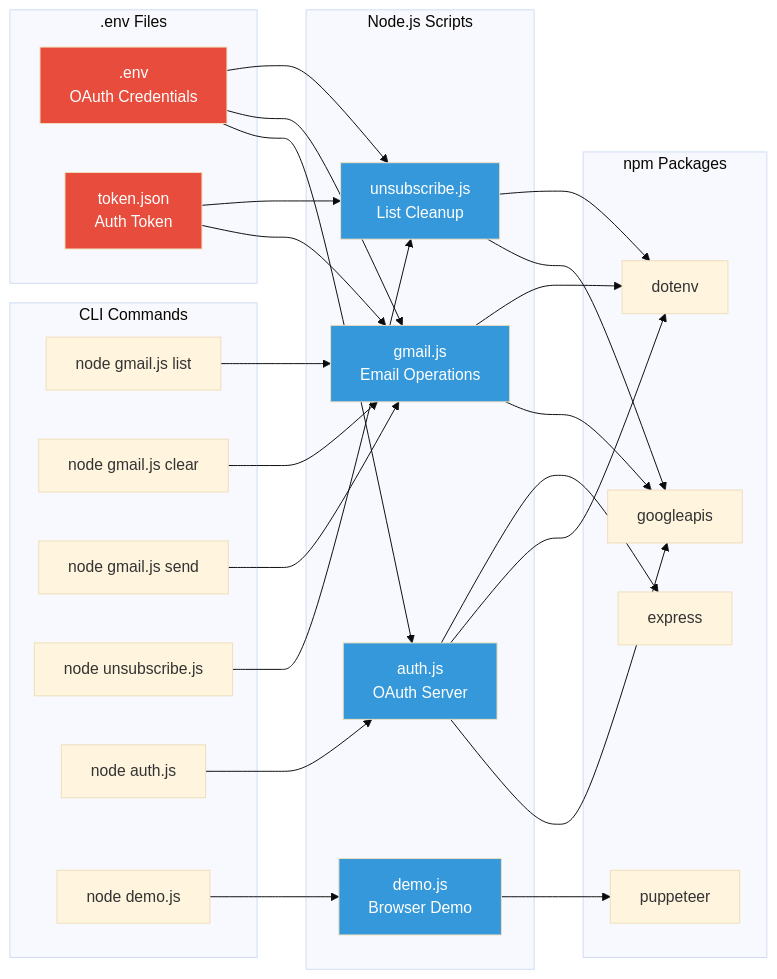
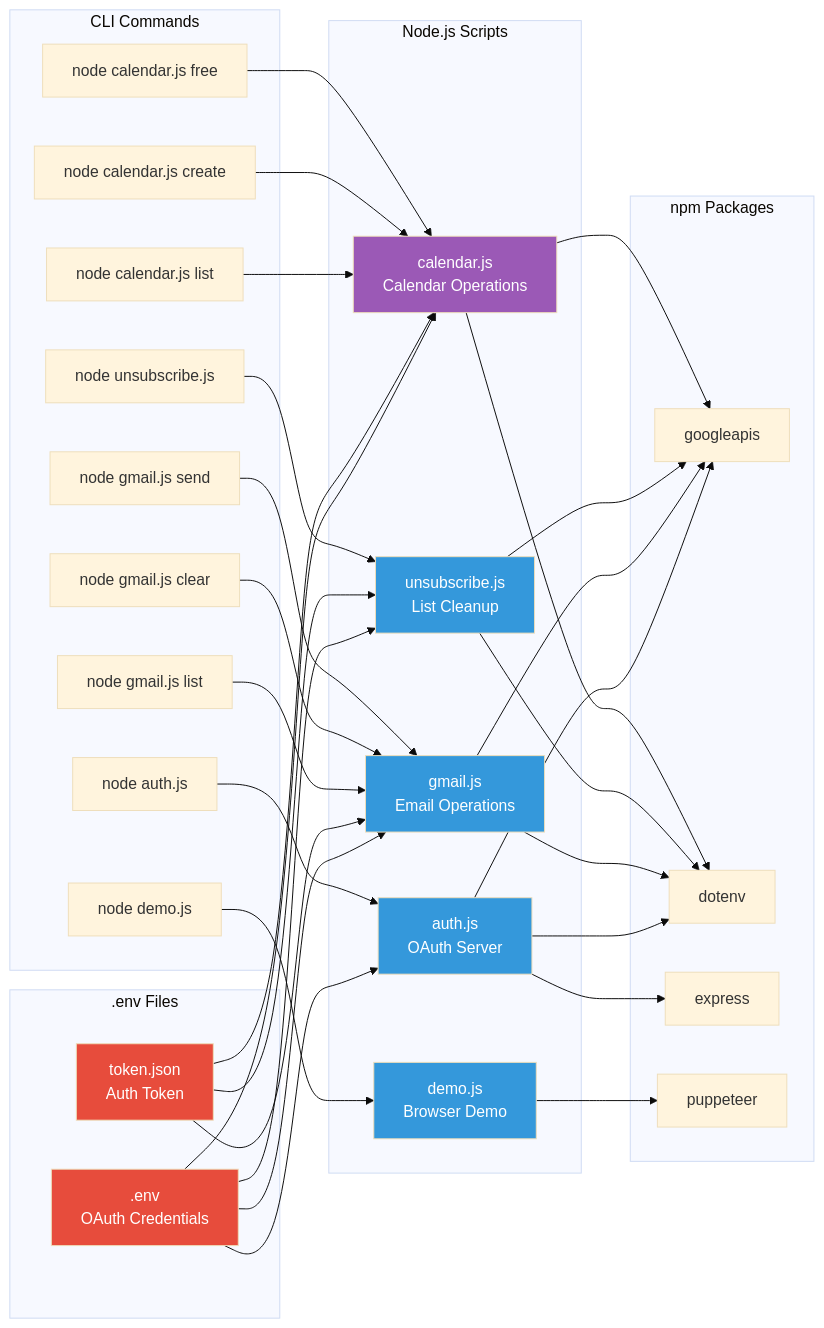
Before and after one commit to marceli1404/system-automation: the second of 3 diagrams in README.md, drawn with Mermaid (base theme). The commit also changed other lines of this file and 3 other files, not shown here.

Commit message:
Add calendar automation, update graphs, secure .gitignore

````diff
--- a/README.md
+++ b/README.md
@@ -62,59 +75,71 @@
 ```mermaid
 graph LR
     subgraph Files[".env Files"]
         ENV1[.env<br/>OAuth Credentials]
         ENV2[token.json<br/>Auth Token]
     end
 
     subgraph Scripts["Node.js Scripts"]
         S1[auth.js<br/>OAuth Server]
         S2[gmail.js<br/>Email Operations]
         S3[unsubscribe.js<br/>List Cleanup]
         S4[demo.js<br/>Browser Demo]
+        S5[calendar.js<br/>Calendar Operations]
     end
 
     subgraph Dependencies["npm Packages"]
         D1[googleapis]
         D2[dotenv]
         D3[express]
         D4[puppeteer]
     end
 
     subgraph Commands["CLI Commands"]
         C1[node gmail.js list]
         C2[node gmail.js clear]
         C3[node gmail.js send]
         C4[node unsubscribe.js]
         C5[node auth.js]
         C6[node demo.js]
+        C7[node calendar.js list]
+        C8[node calendar.js create]
+        C9[node calendar.js free]
     end
 
     ENV1 --> S1
     ENV1 --> S2
     ENV1 --> S3
+    ENV1 --> S5
     ENV2 --> S2
     ENV2 --> S3
+    ENV2 --> S5
 
     S1 --> D1
     S1 --> D2
     S1 --> D3
     S2 --> D1
     S2 --> D2
     S3 --> D1
     S3 --> D2
     S4 --> D4
+    S5 --> D1
+    S5 --> D2
 
     C1 --> S2
     C2 --> S2
     C3 --> S2
     C4 --> S3
     C5 --> S1
     C6 --> S4
+    C7 --> S5
+    C8 --> S5
+    C9 --> S5
 
     style ENV1 fill:#e74c3c,color:white
     style ENV2 fill:#e74c3c,color:white
     style S1 fill:#3498db,color:white
     style S2 fill:#3498db,color:white
     style S3 fill:#3498db,color:white
     style S4 fill:#3498db,color:white
+    style S5 fill:#9b59b6,color:white
 ```
````
